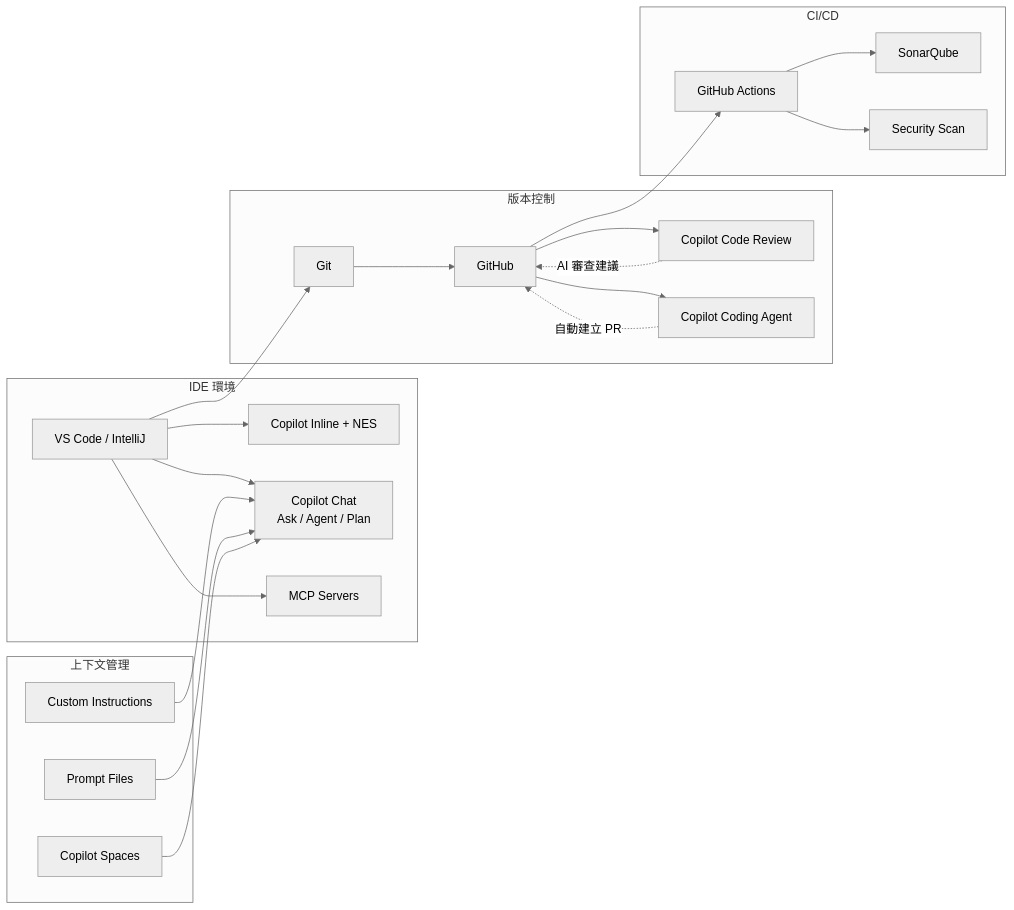
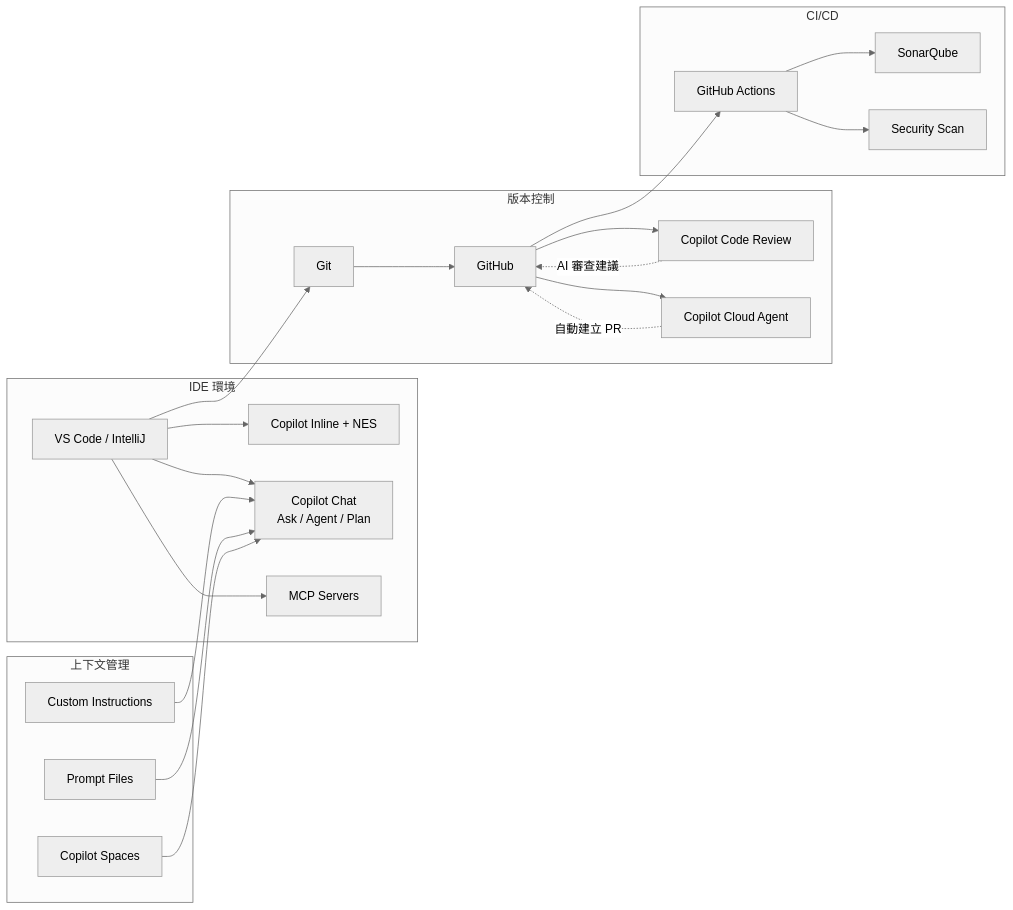
One commit to chihhung/Blog changed the sixth of 24 diagrams in content/posts/教學/AI開發/github copilot生態圈教學手冊.md. Above: the diagram before and after it, drawn with Mermaid (neutral theme). The commit also changed other lines of this file and 1 other file, not shown here.

Commit message:
docs: claude code and github copilot 生態系文件 update

````diff
--- a/content/posts/教學/AI開發/github copilot生態圈教學手冊.md
+++ b/content/posts/教學/AI開發/github copilot生態圈教學手冊.md
@@ -803,46 +807,46 @@
 ```mermaid
 flowchart LR
     subgraph "IDE 環境"
         A[VS Code / IntelliJ]
         B[Copilot Inline + NES]
         C[Copilot Chat<br/>Ask / Agent / Plan]
         M[MCP Servers]
     end
     
     subgraph "版本控制"
         D[Git]
         E[GitHub]
         F[Copilot Code Review]
-        N[Copilot Coding Agent]
+        N[Copilot Cloud Agent]
     end
     
     subgraph "CI/CD"
         G[GitHub Actions]
         H[SonarQube]
         I[Security Scan]
     end
     
     subgraph "上下文管理"
         O[Custom Instructions]
         P[Prompt Files]
         Q[Copilot Spaces]
     end
     
     A --> B
     A --> C
     A --> M
     A --> D
     D --> E
     E --> F
     E --> N
     E --> G
     G --> H
     G --> I
     
     O --> C
     P --> C
     Q --> C
     
     F -.->|AI 審查建議| E
     N -.->|自動建立 PR| E
 ```
````
